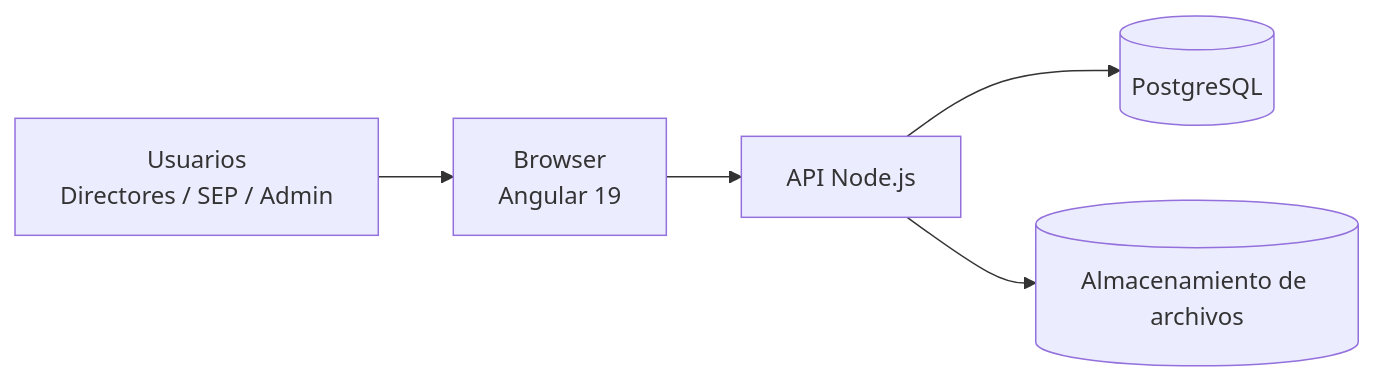
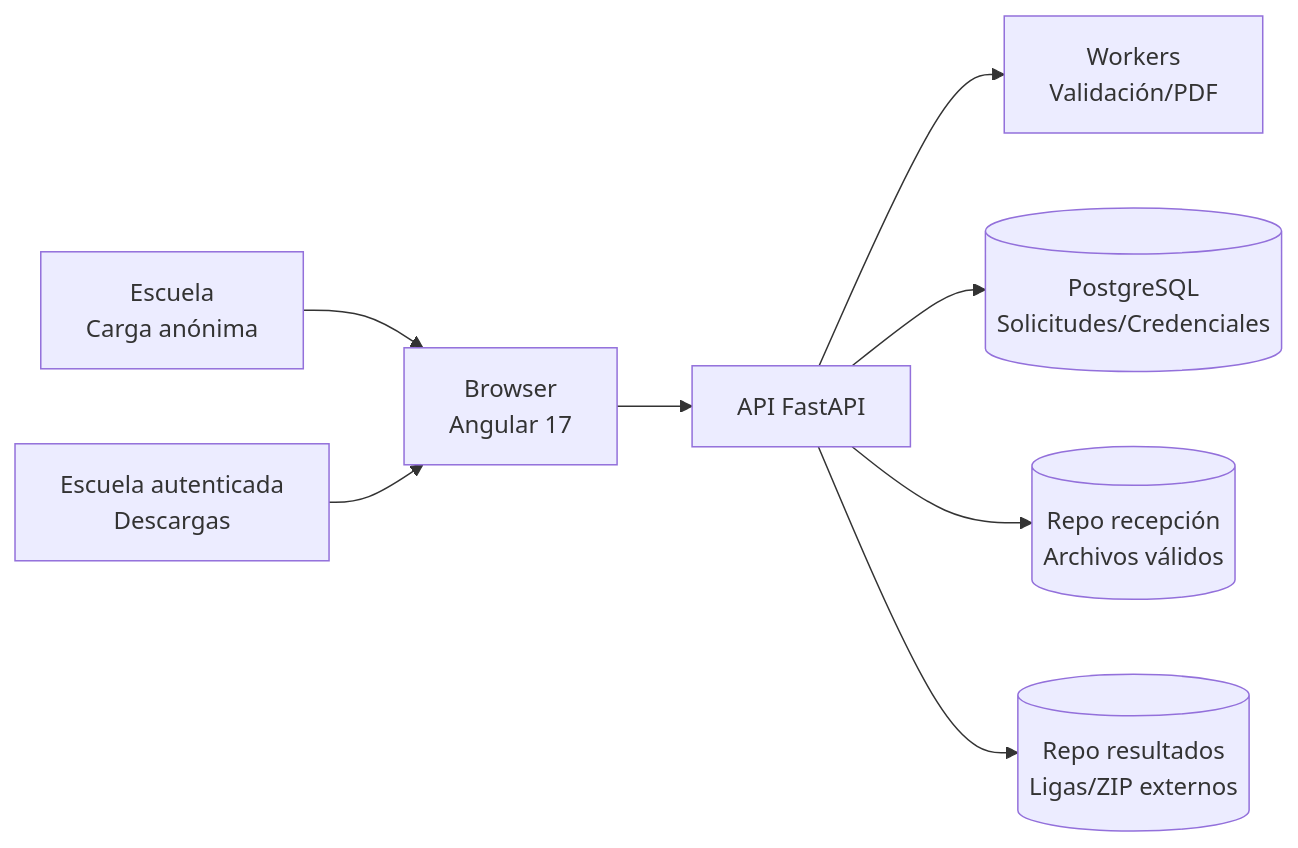
One commit to dleonsystem/sep_evaluacion_diagnostica changed the diagram in web/doc/arquitectura_software.md. Above: the diagram before and after it, drawn with Mermaid. The commit also changed other lines of this file and 6 other files, not shown here.

````diff
--- a/web/doc/arquitectura_software.md
+++ b/web/doc/arquitectura_software.md
@@ -49,11 +49,18 @@
 ```mermaid
 flowchart LR
-    U[Usuarios
-Directores / SEP / Admin] --> B[Browser
-Angular 19]
+    U[Escuela
+    Carga anónima] --> B[Browser
+    Angular 17]
+    D[Escuela autenticada
+    Descargas] --> B
 
-    B --> A[API Node.js]
-    A --> DB[(PostgreSQL)]
-    A --> FS[(Almacenamiento de archivos)]
-
+    B --> API[API FastAPI]
+    API --> W[Workers
+    Validación/PDF]
+    API --> DB[(PostgreSQL
+    Solicitudes/Credenciales)]
+    API --> FS1[(Repo recepción
+    Archivos válidos)]
+    API --> FS2[(Repo resultados
+    Ligas/ZIP externos)]
 ```
````
